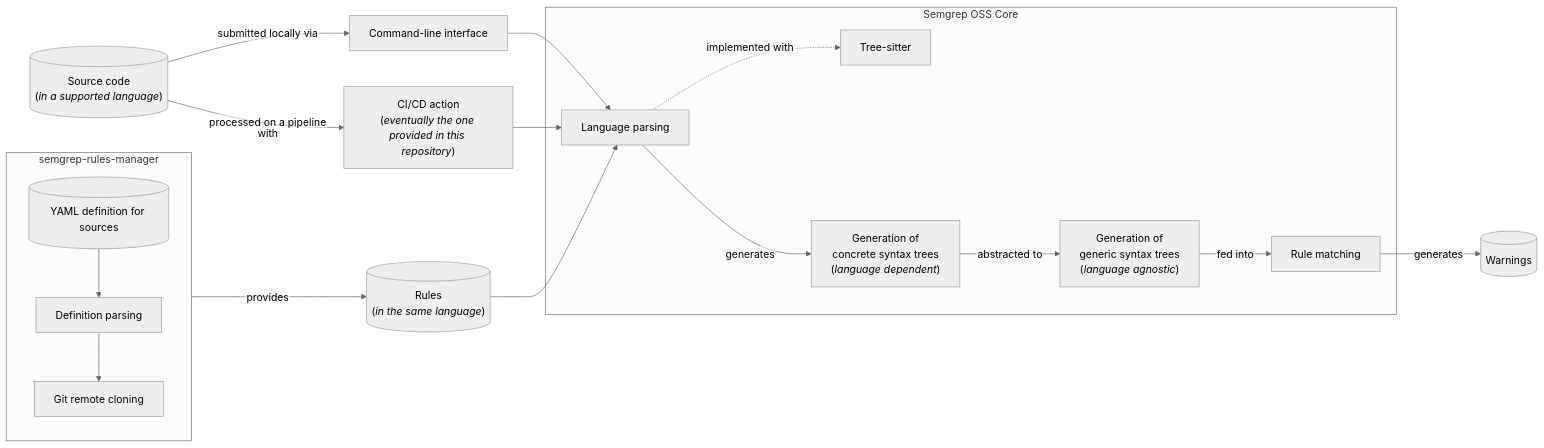
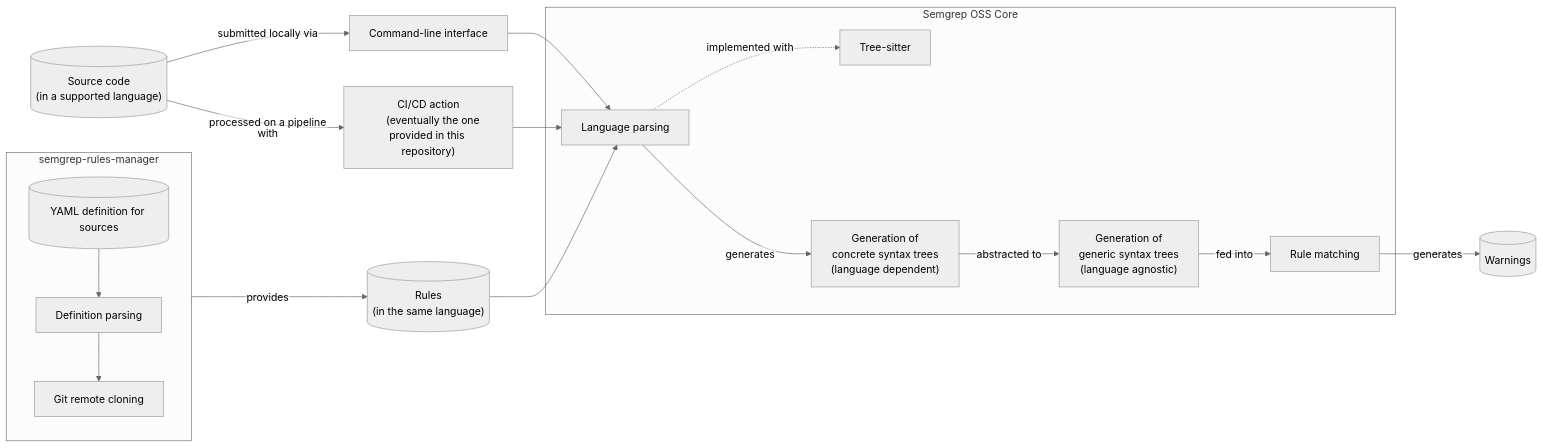
Before and after one commit to iosifache/semgrep-rules-manager: the diagram in README.template.md, drawn with Mermaid.

Commit message:
Removes the HTML labels in Mermaid

````diff
--- a/README.template.md
+++ b/README.template.md
@@ -27,43 +27,43 @@
 ```mermaid
 %%{init: {"theme": "neutral", "flowchart": {"htmlLabels": false}}}%%
 
 flowchart LR
 
-source[("`Source code
-    (*in a supported language*)`")] 
+source[("Source code
+(in a supported language)")] 
 -->|submitted locally via| cli[Command-line interface]
 
-source -->|processed on a pipeline with| cicd["`CI/CD action
-    (*eventually the one provided in this repository*)`"]
+source -->|processed on a pipeline with| cicd["CI/CD action
+    (eventually the one provided in this repository)"]
 
 cli -->  lang-parsing
 
 cicd -->  lang-parsing
 
-rules[("`Rules
-    (*in the same language*)`")] --> lang-parsing
+rules[("Rules
+    (in the same language)")] --> lang-parsing
 
 subgraph core[Semgrep OSS Core]
 
  lang-parsing[Language parsing] -. implemented with .-> tree-sitter[Tree-sitter]
 
- lang-parsing -->|generates| concrete-sts["`Generation of
+ lang-parsing -->|generates| concrete-sts["Generation of
 concrete syntax trees
-(*language dependent*)`"]
+(language dependent)"]
 
-concrete-sts -->|abstracted to| generic-sts["`Generation of
+concrete-sts -->|abstracted to| generic-sts["Generation of
 generic syntax trees
-(*language agnostic*)`"]
+(language agnostic)"]
 
 generic-sts -->|fed into| rule-matching[Rule matching]
 
 end
 
 rule-matching -->|generates| warnings[(Warnings)]
 
 subgraph semgrep-rules-manager
     yaml[(YAML definition for sources)] --> index-parsing[Definition parsing] --> git-cloning[Git remote cloning]
 end
 
 semgrep-rules-manager -->|provides| rules
 ```
````
